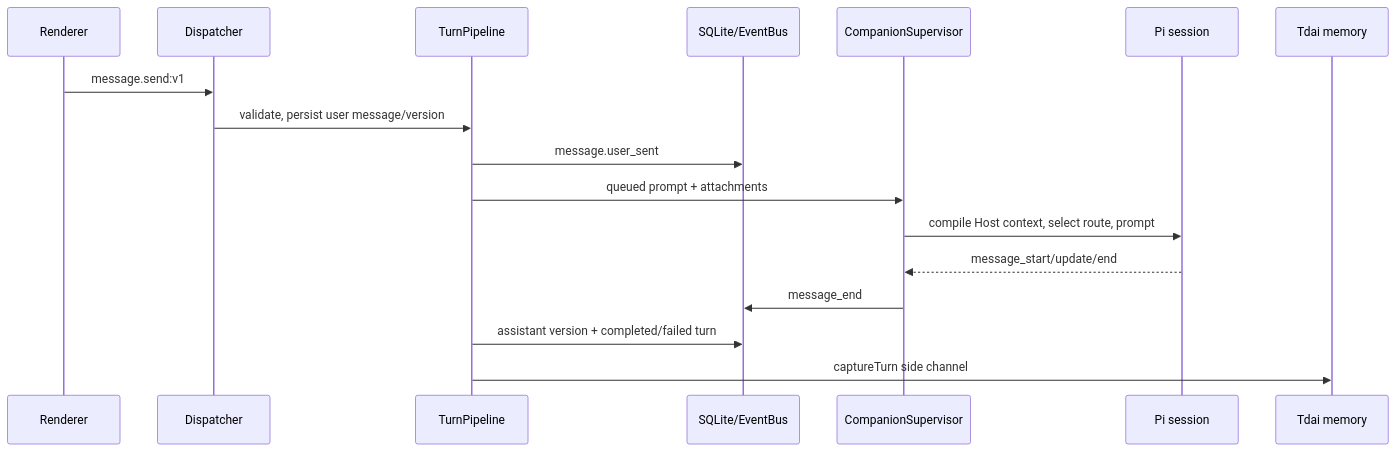
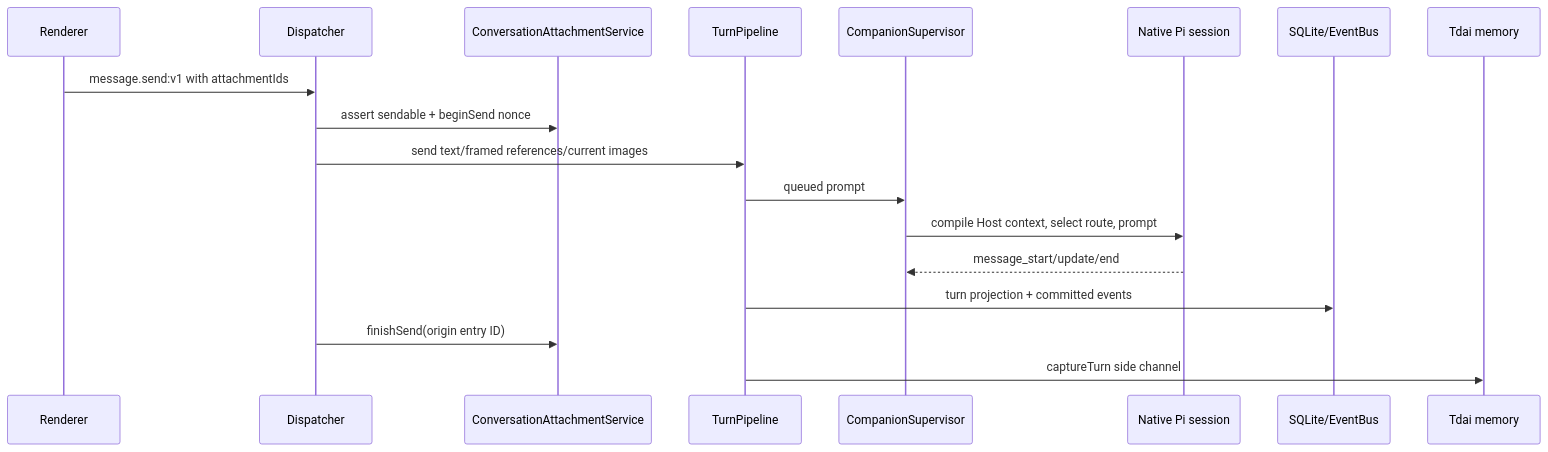
One commit to fltb/bear-harness changed the diagram in docs/refernece/host-runtime.md. Above: the diagram before and after it, drawn with Mermaid. The commit also changed other lines of this file and 163 other files, not shown here.

Commit message:
feat: adopt conversation attachments and direct agents

````diff
--- a/docs/refernece/host-runtime.md
+++ b/docs/refernece/host-runtime.md
@@ -114,20 +127,21 @@
 ```mermaid
 sequenceDiagram
     participant Renderer
     participant Dispatcher
+    participant Attach as ConversationAttachmentService
     participant Turns as TurnPipeline
+    participant Supervisor as CompanionSupervisor
+    participant Pi as Native Pi session
     participant DB as SQLite/EventBus
-    participant Supervisor as CompanionSupervisor
-    participant Pi as Pi session
     participant Memory as Tdai memory
 
-    Renderer->>Dispatcher: message.send:v1
-    Dispatcher->>Turns: validate, persist user message/version
-    Turns->>DB: message.user_sent
-    Turns->>Supervisor: queued prompt + attachments
+    Renderer->>Dispatcher: message.send:v1 with attachmentIds
+    Dispatcher->>Attach: assert sendable + beginSend nonce
+    Dispatcher->>Turns: send text/framed references/current images
+    Turns->>Supervisor: queued prompt
     Supervisor->>Pi: compile Host context, select route, prompt
     Pi-->>Supervisor: message_start/update/end
-    Supervisor->>DB: message_end
-    Turns->>DB: assistant version + completed/failed turn
+    Turns->>DB: turn projection + committed events
+    Dispatcher->>Attach: finishSend(origin entry ID)
     Turns->>Memory: captureTurn side channel
 ```
````
